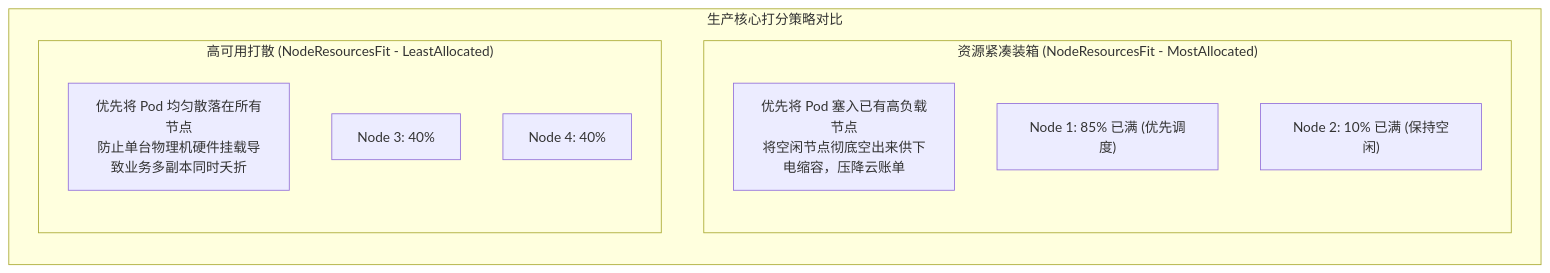
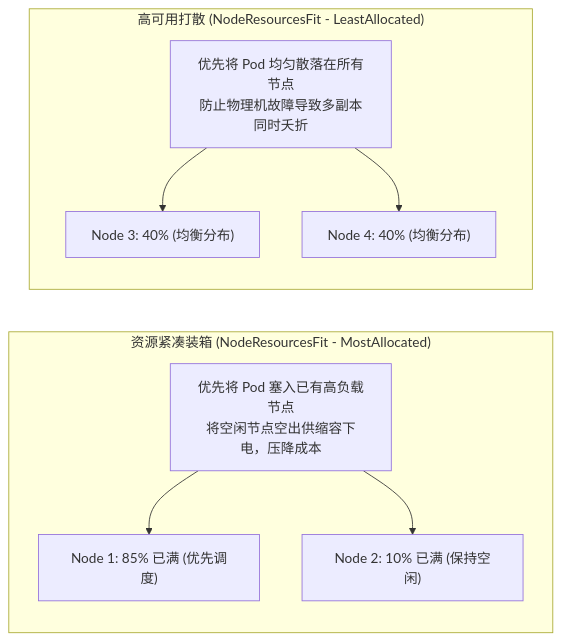
One commit to MoreConsequence/MoreConsequence.github.io changed the fifth of 7 diagrams in content/posts/kubernetes-internals/k8s-05-kube-scheduler-framework-plugins.md. Above: the diagram before and after it, drawn with Mermaid. The commit also changed other lines of this file and 835 other files, not shown here.

First line of the commit message:
feat(blog): 全站33篇新增深度专栏与博文全量审核上线及矢量图表优化

````diff
--- a/content/posts/kubernetes-internals/k8s-05-kube-scheduler-framework-plugins.md
+++ b/content/posts/kubernetes-internals/k8s-05-kube-scheduler-framework-plugins.md
@@ -245,19 +245,20 @@
 ```mermaid
-flowchart TD
-    subgraph SchedulingStrategies["生产核心打分策略对比"]
+flowchart LR
+    subgraph BinPack["资源紧凑装箱 (NodeResourcesFit - MostAllocated)"]
         direction TB
-        subgraph BinPack["资源紧凑装箱 (NodeResourcesFit - MostAllocated)"]
-            direction TB
-            BPDesc["优先将 Pod 塞入已有高负载节点<br/>将空闲节点彻底空出来供下电缩容，压降云账单"]
-            N1["Node 1: 85% 已满 (优先调度)"]
-            N2["Node 2: 10% 已满 (保持空闲)"]
-        end
+        BPDesc["优先将 Pod 塞入已有高负载节点<br/>将空闲节点空出供缩容下电，压降成本"]
+        N1["Node 1: 85% 已满 (优先调度)"]
+        N2["Node 2: 10% 已满 (保持空闲)"]
+        BPDesc --> N1
+        BPDesc --> N2
+    end
 
-        subgraph Spread["高可用打散 (NodeResourcesFit - LeastAllocated)"]
-            direction TB
-            SPDesc["优先将 Pod 均匀散落在所有节点<br/>防止单台物理机硬件挂载导致业务多副本同时夭折"]
-            N3["Node 3: 40%"]
-            N4["Node 4: 40%"]
-        end
+    subgraph Spread["高可用打散 (NodeResourcesFit - LeastAllocated)"]
+        direction TB
+        SPDesc["优先将 Pod 均匀散落在所有节点<br/>防止物理机故障导致多副本同时夭折"]
+        N3["Node 3: 40% (均衡分布)"]
+        N4["Node 4: 40% (均衡分布)"]
+        SPDesc --> N3
+        SPDesc --> N4
     end
 ```
````
